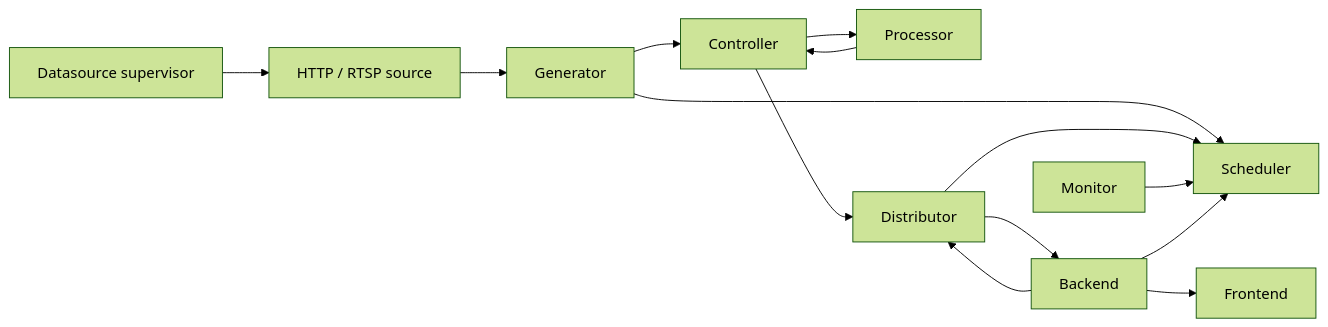
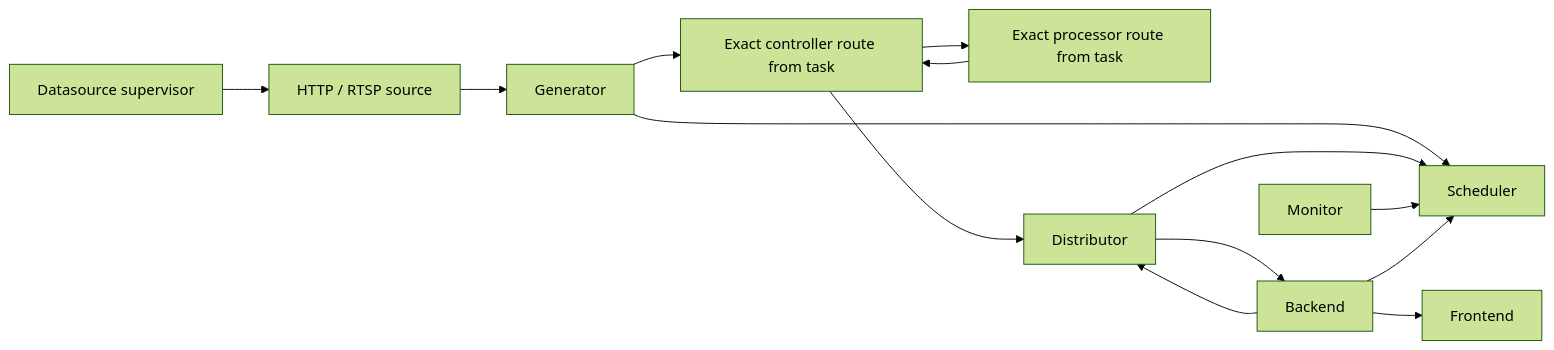
The fourth of 4 diagrams in docs/architecture/README.md (dayu-autostreamer/dayu), drawn with Mermaid (forest theme) before and after one commit. The commit also changed other lines of this file and 148 other files, not shown here.

Commit message:
refactor: centralize Kubernetes lifecycle management with immutable RuntimeServices, exact runtime routing, and configurable cloud processor backups

````diff
--- a/docs/architecture/README.md
+++ b/docs/architecture/README.md
@@ -102,16 +164,16 @@
 ```mermaid
 flowchart LR
     DS["Datasource supervisor"] --> SRC["HTTP / RTSP source"]
     SRC --> GEN["Generator"]
     GEN --> SCH["Scheduler"]
-    GEN --> CTRL["Controller"]
-    CTRL --> PROC["Processor"]
+    GEN --> CTRL["Exact controller route from task"]
+    CTRL --> PROC["Exact processor route from task"]
     PROC --> CTRL
     CTRL --> DIST["Distributor"]
     DIST --> SCH
     MON["Monitor"] --> SCH
     BE["Backend"] --> DIST
     BE --> SCH
     DIST --> BE
     BE --> FE["Frontend"]
 ```
````
